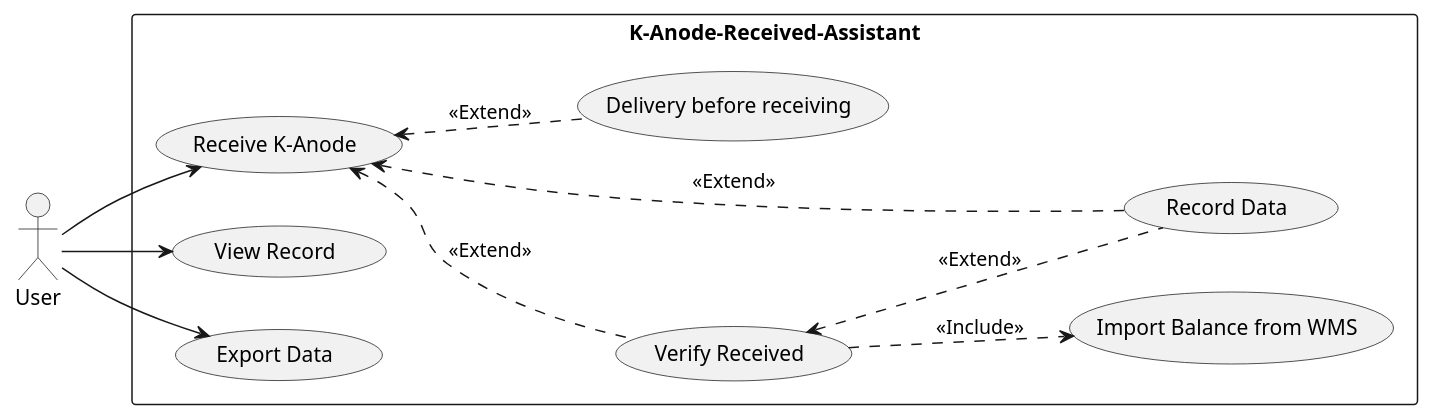
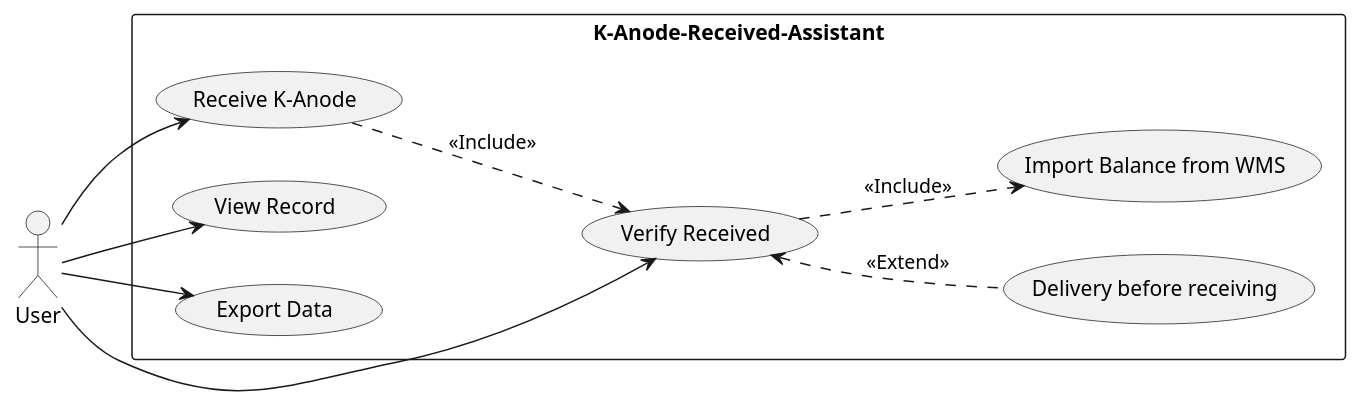
One commit to Shinodari/K-Anode-Received-Assistant-Design changed the diagram in UML/Concept.puml. Above: the diagram before and after it, drawn with PlantUML. The commit also changed 1 other file, not shown here.

Commit message:
refector:usecase

```diff
--- a/UML/Concept.puml
+++ b/UML/Concept.puml
@@ -1,24 +1,21 @@
 @startuml UseCase
 left to right direction
 rectangle K-Anode-Received-Assistant {
     usecase "Receive K-Anode" as receive
     usecase "Verify Received" as verify
-    usecase "Record Data" as record
     usecase "Delivery before receiving" as delivery
     usecase "View Record" as view
     usecase "Export Data" as export
     usecase "Import Balance from WMS" as import
 }
 User --> receive
+User --> verify
 
-receive <.. delivery : <<Extend>>
-
-receive <.. verify : <<Extend>>
+receive ..> verify : <<Include>>
 verify ..> import : <<Include>>
 
-record .up.> receive : <<Extend>>
-record .up.> verify : <<Extend>>
+verify <.. delivery : <<Extend>>
 
 User --> view
 User --> export
 @enduml
```
